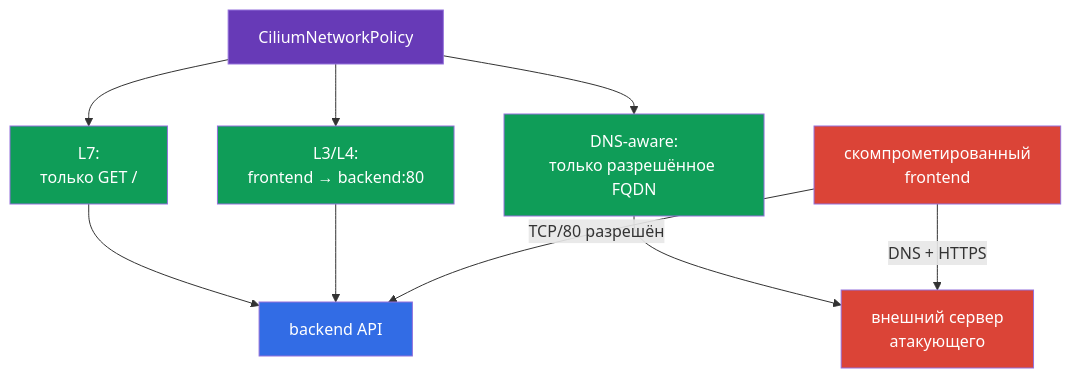
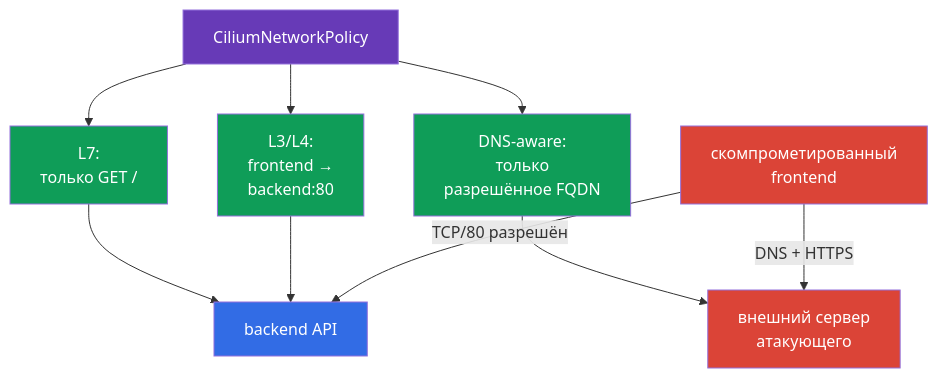
One commit to ViktorUJ/cks changed the diagram in tasks/cks/course/06/ru.md. Above: the diagram before and after it, drawn with Mermaid. The commit also changed other lines of this file and 6 other files, not shown here.

````diff
--- a/tasks/cks/course/06/ru.md
+++ b/tasks/cks/course/06/ru.md
@@ -31,18 +36,18 @@
 ```mermaid
 flowchart TB
     attacker["скомпрометированный<br/>frontend"] -->|"TCP/80 разрешён"| backend["backend API"]
     attacker -->|"DNS + HTTPS"| evil["внешний сервер<br/>атакующего"]
-    cnp["CiliumNetworkPolicy"] --> l34["L3/L4:<br/>frontend → backend:80"]
+    cnp["CiliumNetworkPolicy"] --> l34["L3/L4:<br/>frontend →<br/>backend:80"]
     cnp --> l7["L7:<br/>только GET /"]
-    cnp --> fqdn["DNS-aware:<br/>только разрешённое FQDN"]
+    cnp --> fqdn["DNS-aware:<br/>только<br/>разрешённое FQDN"]
     l34 --> backend
     l7 --> backend
     fqdn --> evil
     style attacker fill:#db4437,color:#fff
     style backend fill:#326ce5,color:#fff
     style evil fill:#db4437,color:#fff
     style cnp fill:#673ab7,color:#fff
     style l34 fill:#0f9d58,color:#fff
     style l7 fill:#0f9d58,color:#fff
     style fqdn fill:#0f9d58,color:#fff
 ```
````
